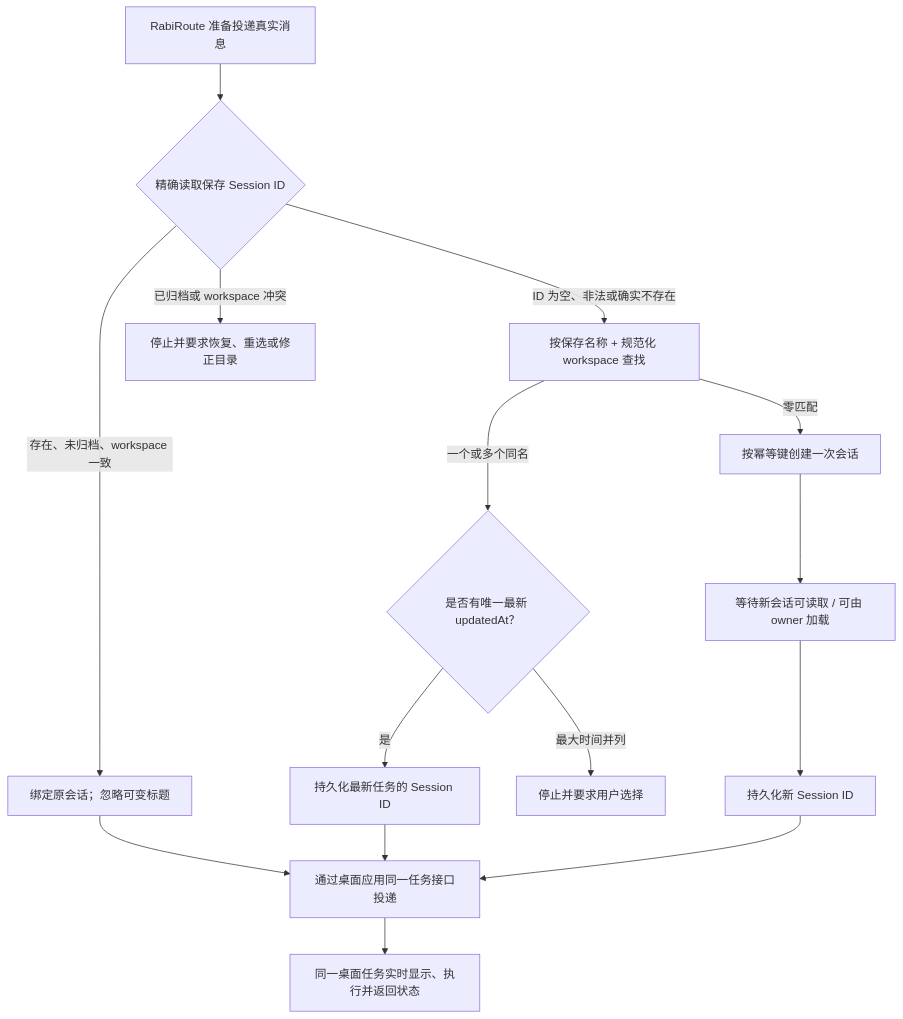
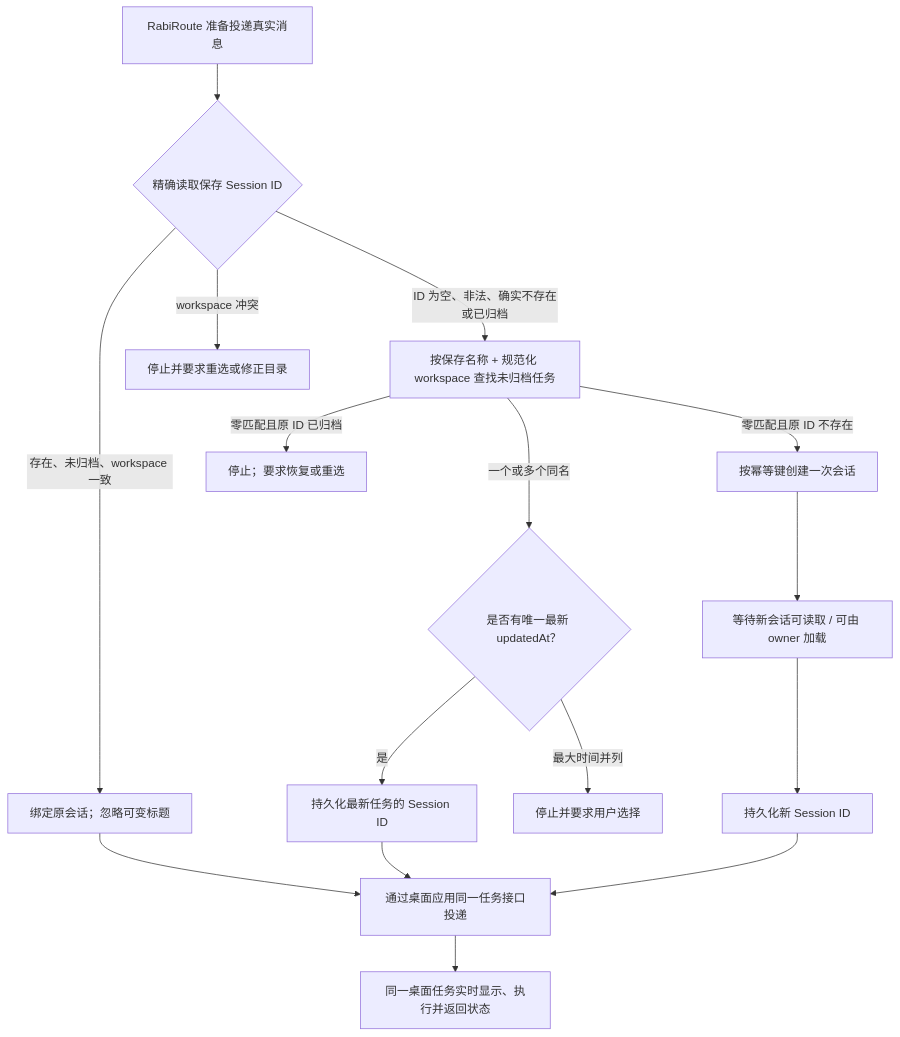
One commit to vb2250158/RabiRoute changed the first of 2 diagrams in docs/agent-adapter-standard-requirements.md. Above: the diagram before and after it, drawn with Mermaid. The commit also changed other lines of this file and 91 other files, not shown here.

````diff
--- a/docs/agent-adapter-standard-requirements.md
+++ b/docs/agent-adapter-standard-requirements.md
@@ -34,17 +34,18 @@
 ```mermaid
 flowchart TD
     M["RabiRoute 准备投递真实消息"] --> I{"精确读取保存 Session ID"}
     I -->|"存在、未归档、workspace 一致"| B["绑定原会话；忽略可变标题"]
-    I -->|"ID 为空、非法或确实不存在"| Q["按保存名称 + 规范化 workspace 查找"]
-    I -->|"已归档或 workspace 冲突"| X["停止并要求恢复、重选或修正目录"]
+    I -->|"ID 为空、非法、确实不存在或已归档"| Q["按保存名称 + 规范化 workspace 查找未归档任务"]
+    I -->|"workspace 冲突"| X["停止并要求重选或修正目录"]
     Q -->|"一个或多个同名"| N{"是否有唯一最新 updatedAt？"}
-    Q -->|"零匹配"| C["按幂等键创建一次会话"]
+    Q -->|"零匹配且原 ID 不存在"| C["按幂等键创建一次会话"]
+    Q -->|"零匹配且原 ID 已归档"| X2["停止；要求恢复或重选"]
     N -->|"是"| P["持久化最新任务的 Session ID"]
     N -->|"最大时间并列"| A["停止并要求用户选择"]
     C --> V["等待新会话可读取 / 可由 owner 加载"]
     V --> P2["持久化新 Session ID"]
     B --> D["通过桌面应用同一任务接口投递"]
     P --> D
     P2 --> D
     D --> O["同一桌面任务实时显示、执行并返回状态"]
 ```
````
